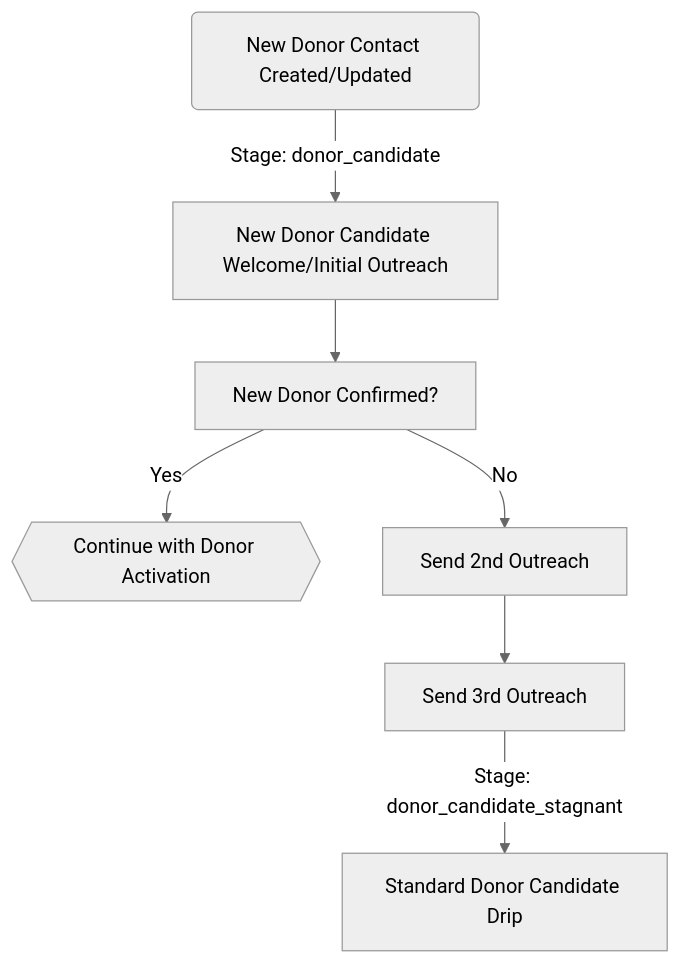
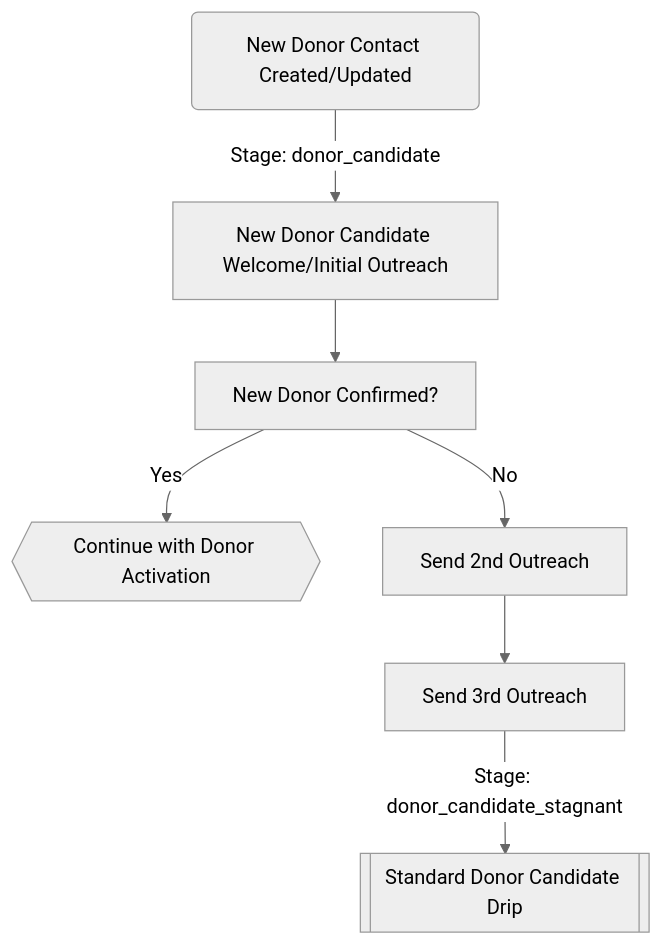
One commit to Apistolic/boh-larament changed the first of 12 diagrams in app/Docs/Workflows.md. Above: the diagram before and after it, drawn with Mermaid (neutral theme).

````diff
--- a/app/Docs/Workflows.md
+++ b/app/Docs/Workflows.md
@@ -11,10 +11,10 @@
 ```mermaid
 flowchart TD
     %% New Donor Candidate Process
     A(New Donor Contact Created/Updated) -->|Stage: donor_candidate| B[New Donor Candidate Welcome/Initial Outreach]
     B --> C[New Donor Confirmed?]
     C --> |Yes| D{{Continue with Donor Activation}}
     C --> |No| E[Send 2nd Outreach]
     E --> F[Send 3rd Outreach]
-    F --> |Stage: donor_candidate_stagnant| G[Standard Donor Candidate Drip]
+    F --> |Stage: donor_candidate_stagnant| G[[Standard Donor Candidate Drip]]
 ```
````
